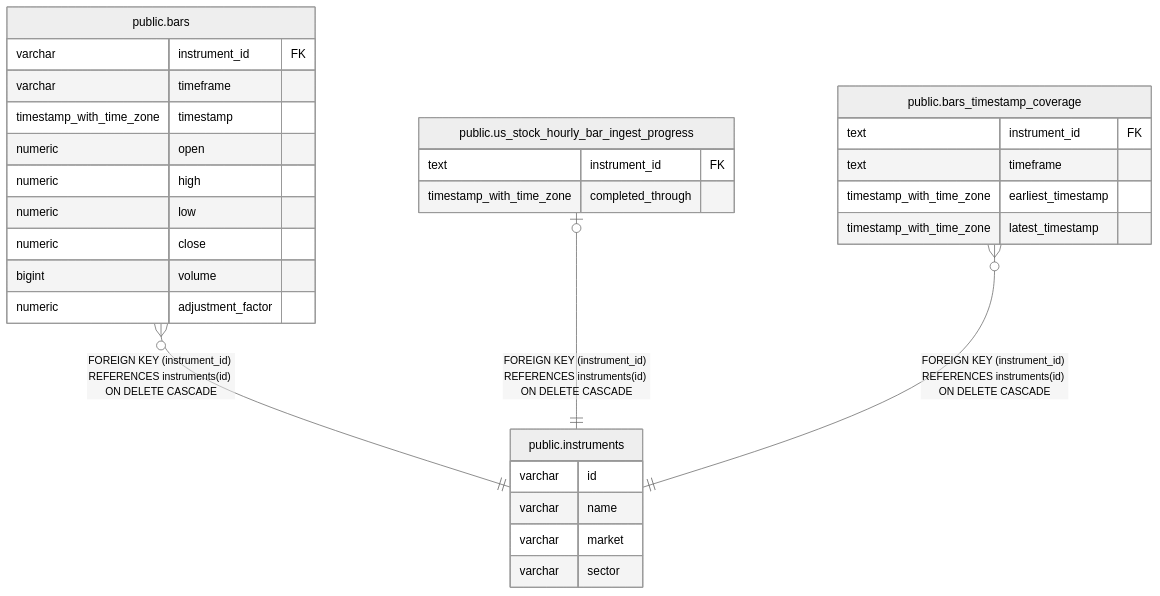
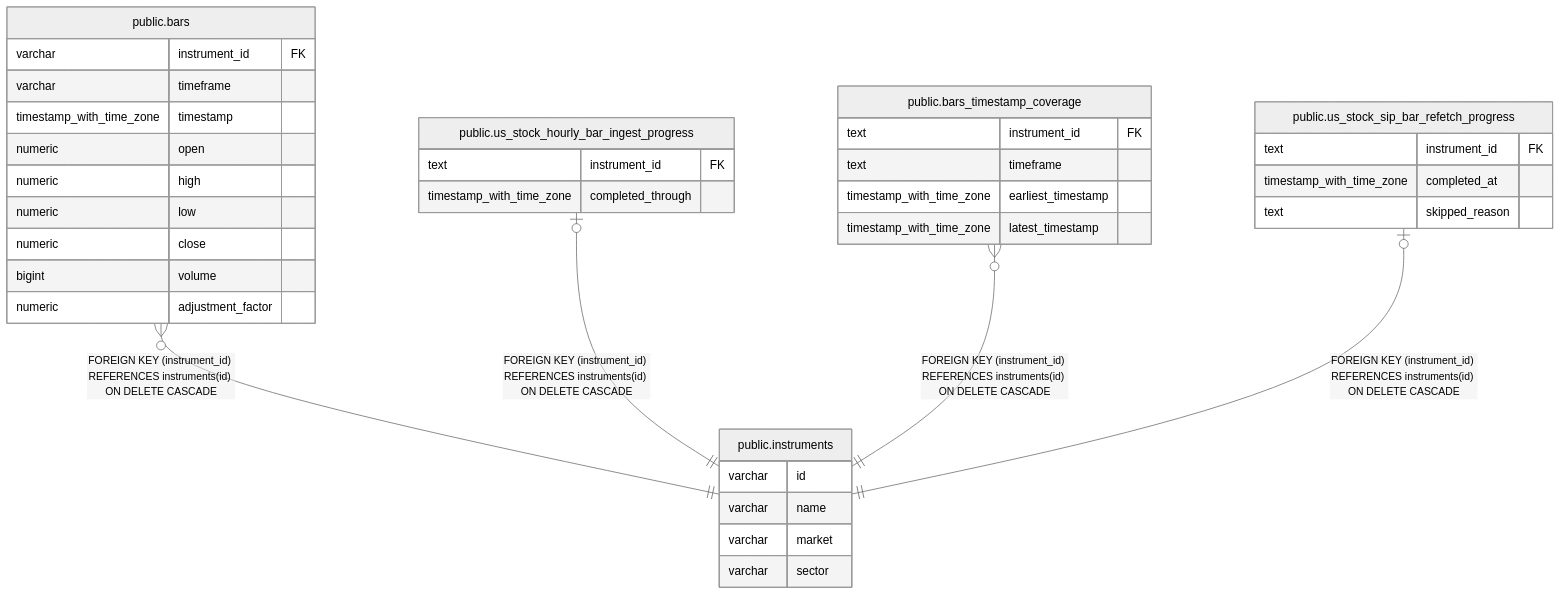
One commit to fohte/t-rader changed the diagram in backend/docs/db/public.instruments.md. Above: the diagram before and after it, drawn with Mermaid (neutral theme). The commit also changed other lines of this file and 27 other files, not shown here.

````diff
--- a/backend/docs/db/public.instruments.md
+++ b/backend/docs/db/public.instruments.md
@@ -31,35 +31,41 @@
 ```mermaid
 erDiagram
 
 "public.bars" }o--|| "public.instruments" : "FOREIGN KEY (instrument_id) REFERENCES instruments(id) ON DELETE CASCADE"
 "public.us_stock_hourly_bar_ingest_progress" |o--|| "public.instruments" : "FOREIGN KEY (instrument_id) REFERENCES instruments(id) ON DELETE CASCADE"
 "public.bars_timestamp_coverage" }o--|| "public.instruments" : "FOREIGN KEY (instrument_id) REFERENCES instruments(id) ON DELETE CASCADE"
+"public.us_stock_sip_bar_refetch_progress" |o--|| "public.instruments" : "FOREIGN KEY (instrument_id) REFERENCES instruments(id) ON DELETE CASCADE"
 
 "public.instruments" {
   varchar id
   varchar name
   varchar market
   varchar sector
 }
 "public.bars" {
   varchar instrument_id FK
   varchar timeframe
   timestamp_with_time_zone timestamp
   numeric open
   numeric high
   numeric low
   numeric close
   bigint volume
   numeric adjustment_factor
 }
 "public.us_stock_hourly_bar_ingest_progress" {
   text instrument_id FK
   timestamp_with_time_zone completed_through
 }
 "public.bars_timestamp_coverage" {
   text instrument_id FK
   text timeframe
   timestamp_with_time_zone earliest_timestamp
   timestamp_with_time_zone latest_timestamp
 }
+"public.us_stock_sip_bar_refetch_progress" {
+  text instrument_id FK
+  timestamp_with_time_zone completed_at
+  text skipped_reason
+}
 ```
````
